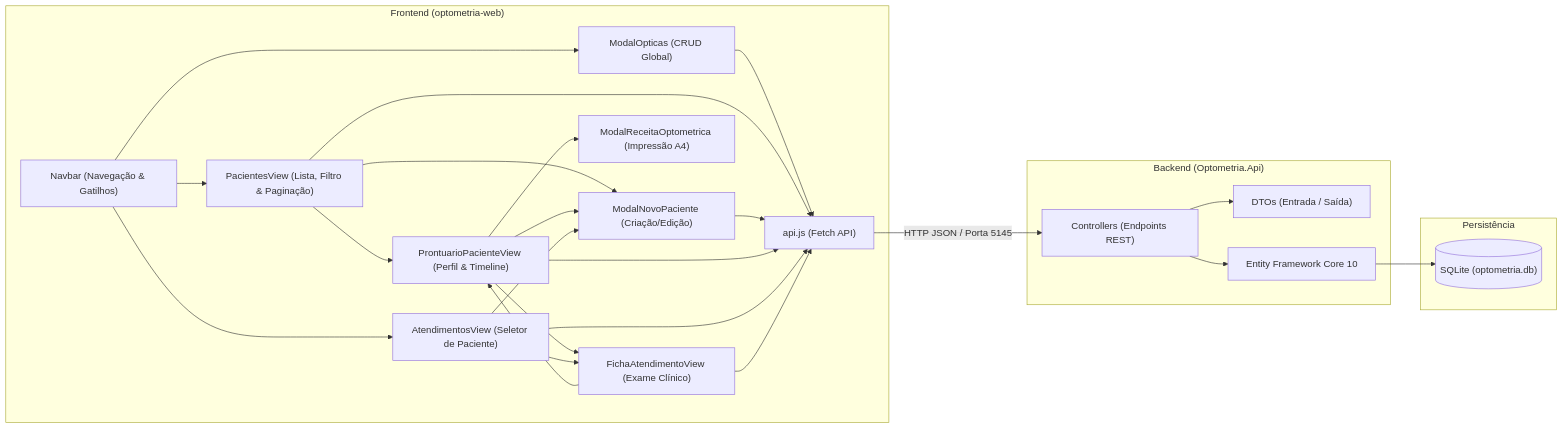
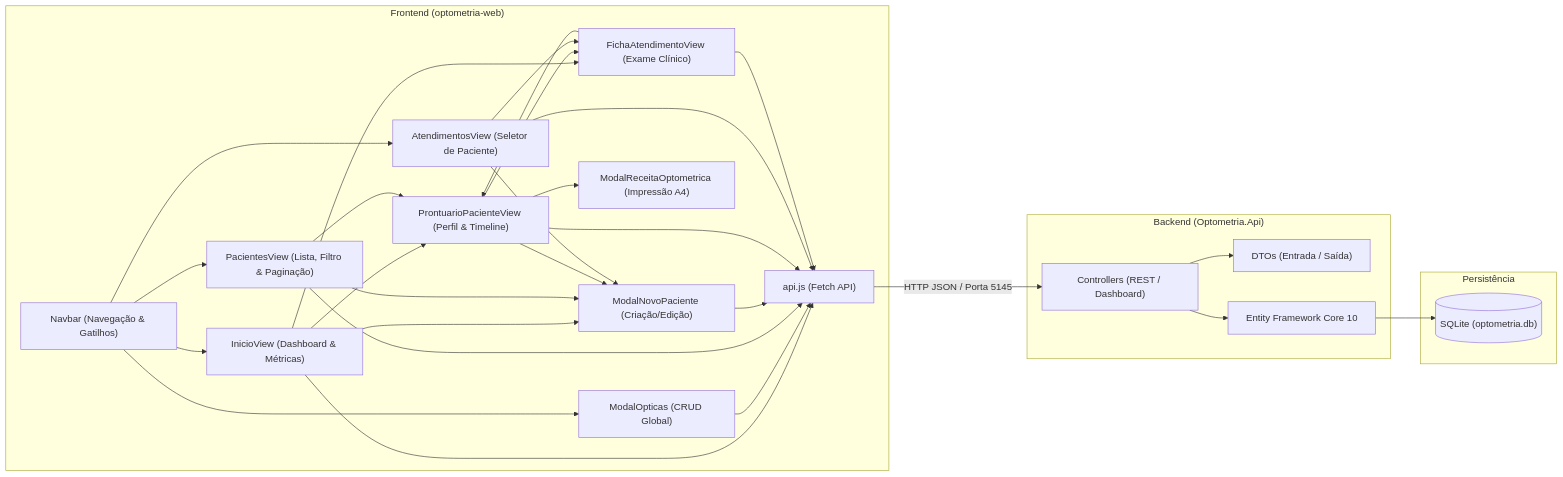
One commit to devdherik/sistema-gestao-optometrica changed the first of 2 diagrams in docs/referencia-tecnica.md. Above: the diagram before and after it, drawn with Mermaid. The commit also changed other lines of this file and 3 other files, not shown here.

````diff
--- a/docs/referencia-tecnica.md
+++ b/docs/referencia-tecnica.md
@@ -11,50 +11,57 @@
 ```mermaid
 flowchart LR
     subgraph Frontend ["Frontend (optometria-web)"]
         Navbar["Navbar (Navegação & Gatilhos)"]
+        InicioView["InicioView (Dashboard & Métricas)"]
         ModalOpticas["ModalOpticas (CRUD Global)"]
         ModalPaciente["ModalNovoPaciente (Criação/Edição)"]
         ModalReceita["ModalReceitaOptometrica (Impressão A4)"]
         PacientesView["PacientesView (Lista, Filtro & Paginação)"]
         ProntuarioView["ProntuarioPacienteView (Perfil & Timeline)"]
         AtendimentosView["AtendimentosView (Seletor de Paciente)"]
         FichaAtendimento["FichaAtendimentoView (Exame Clínico)"]
         Service["api.js (Fetch API)"]
         
+        Navbar --> InicioView
         Navbar --> ModalOpticas
         Navbar --> PacientesView
         Navbar --> AtendimentosView
+        
+        InicioView --> ProntuarioView
+        InicioView --> FichaAtendimento
+        InicioView --> ModalPaciente
+        InicioView --> Service
         
         PacientesView --> ModalPaciente
         PacientesView --> ProntuarioView
         ProntuarioView --> ModalPaciente
         ProntuarioView --> ModalReceita
         ProntuarioView --> FichaAtendimento
         
         AtendimentosView --> FichaAtendimento
         AtendimentosView --> ModalPaciente
         FichaAtendimento --> ProntuarioView
         
         ModalOpticas --> Service
         PacientesView --> Service
         ModalPaciente --> Service
         ProntuarioView --> Service
         AtendimentosView --> Service
         FichaAtendimento --> Service
     end
 
     subgraph Backend ["Backend (Optometria.Api)"]
-        Controller["Controllers (Endpoints REST)"]
+        Controller["Controllers (REST / Dashboard)"]
         DTO["DTOs (Entrada / Saída)"]
         EF["Entity Framework Core 10"]
         Controller --> DTO
         Controller --> EF
     end
 
     subgraph Database ["Persistência"]
         SQLite[("SQLite (optometria.db)")]
         EF --> SQLite
     end
 
     Service -->|HTTP JSON / Porta 5145| Controller
 ```
````
